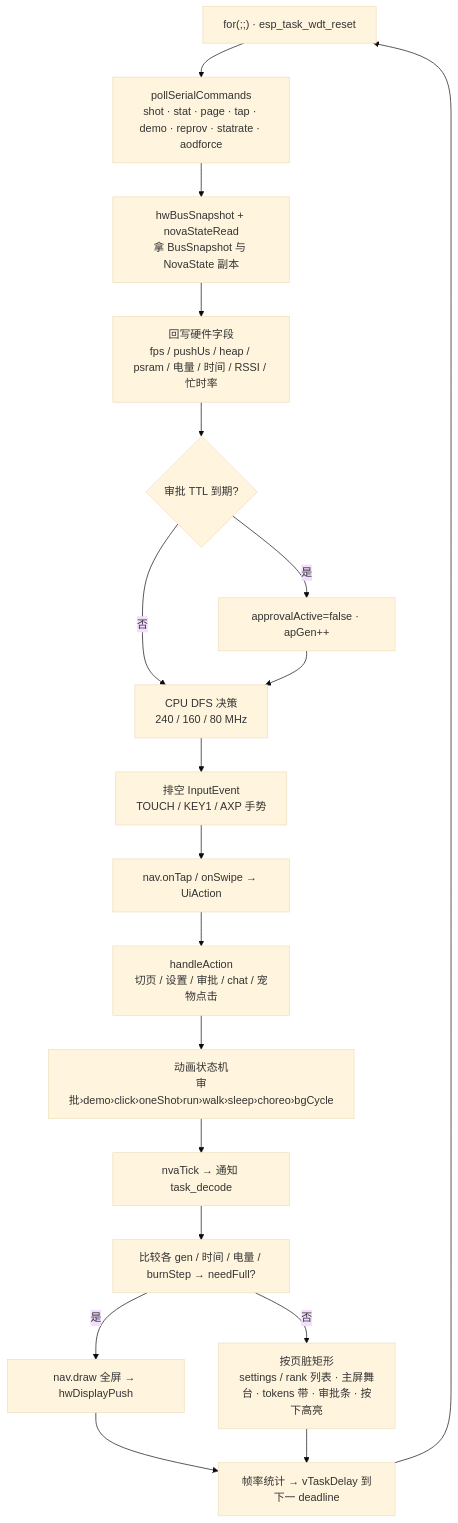
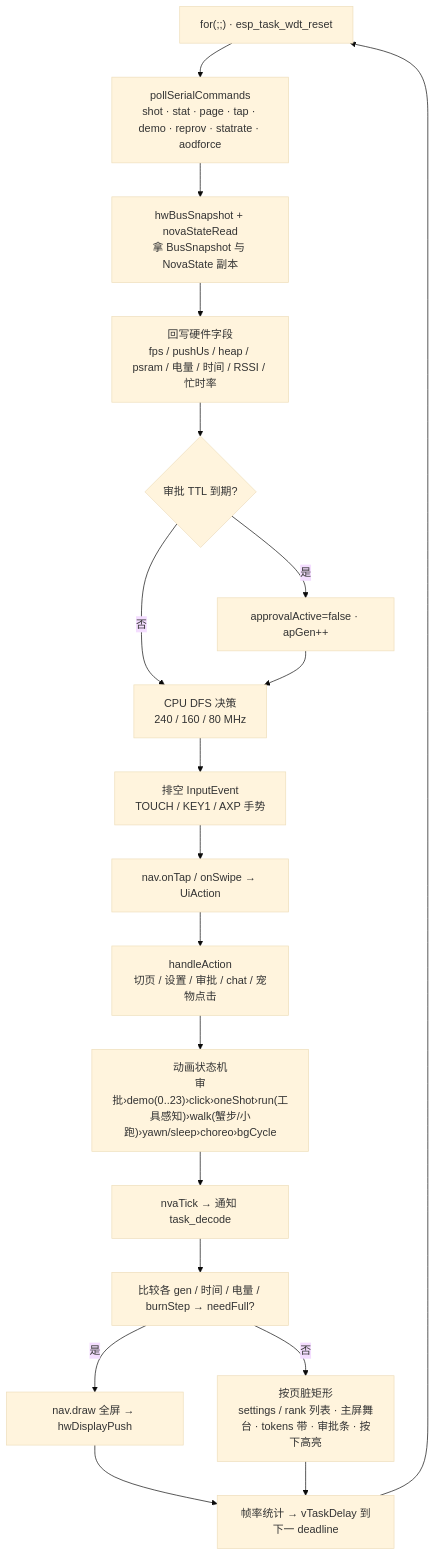
The second of 11 diagrams in docs/ARCHITECTURE.md (JAYcodr/whale-buddy-esp32), drawn with Mermaid (base theme) before and after one commit. The commit also changed other lines of this file and 6 other files, not shown here.

````diff
--- a/docs/ARCHITECTURE.md
+++ b/docs/ARCHITECTURE.md
@@ -176,21 +176,21 @@
 ```mermaid
 flowchart TD
     A["for(;;) · esp_task_wdt_reset"] --> B["pollSerialCommands<br/>shot · stat · page · tap · demo · reprov · statrate · aodforce"]
     B --> C["hwBusSnapshot + novaStateRead<br/>拿 BusSnapshot 与 NovaState 副本"]
     C --> D["回写硬件字段<br/>fps / pushUs / heap / psram / 电量 / 时间 / RSSI / 忙时率"]
     D --> E{"审批 TTL 到期?"}
     E -->|是| F["approvalActive=false · apGen++"]
     E -->|否| G["CPU DFS 决策<br/>240 / 160 / 80 MHz"]
     F --> G
     G --> H["排空 InputEvent<br/>TOUCH / KEY1 / AXP 手势"]
     H --> I["nav.onTap / onSwipe → UiAction"]
     I --> J["handleAction<br/>切页 / 设置 / 审批 / chat / 宠物点击"]
-    J --> K["动画状态机<br/>审批›demo›click›oneShot›run›walk›sleep›choreo›bgCycle"]
+    J --> K["动画状态机<br/>审批›demo(0..23)›click›oneShot›run(工具感知)›walk(蟹步/小跑)›yawn/sleep›choreo›bgCycle"]
     K --> L["nvaTick → 通知 task_decode"]
     L --> M["比较各 gen / 时间 / 电量 / burnStep → needFull?"]
     M -->|是| N["nav.draw 全屏 → hwDisplayPush"]
     M -->|否| O["按页脏矩形<br/>settings / rank 列表 · 主屏舞台 · tokens 带 · 审批条 · 按下高亮"]
     N --> P["帧率统计 → vTaskDelay 到下一 deadline"]
     O --> P
     P --> A
 ```
````
